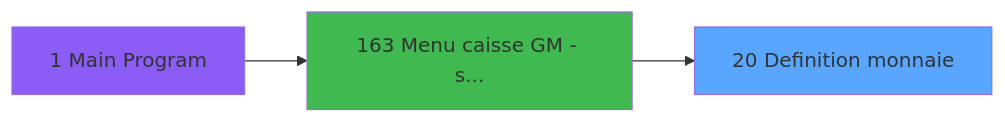
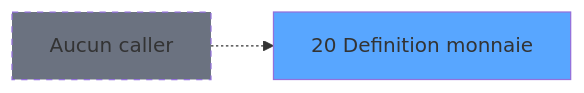
Before and after one commit to thonyAGP/magic-migration: the second of 3 diagrams in .openspec/specs/ADH-IDE-20.md, drawn with Mermaid. The commit also changed other lines of this file and 311 other files, not shown here.

````diff
--- a/.openspec/specs/ADH-IDE-20.md
+++ b/.openspec/specs/ADH-IDE-20.md
@@ -143,11 +133,8 @@
 ```mermaid
 graph LR
     T20[20 Definition monnaie]
     style T20 fill:#58a6ff
-    CC1[1 Main Program]
-    style CC1 fill:#8b5cf6
-    CC163[163 Menu caisse GM - s...]
-    style CC163 fill:#3fb950
-    CC1 --> CC163
-    CC163 --> T20
+    NONE[Aucun caller]
+    NONE -.-> T20
+    style NONE fill:#6b7280,stroke-dasharray: 5 5
 ```
````
